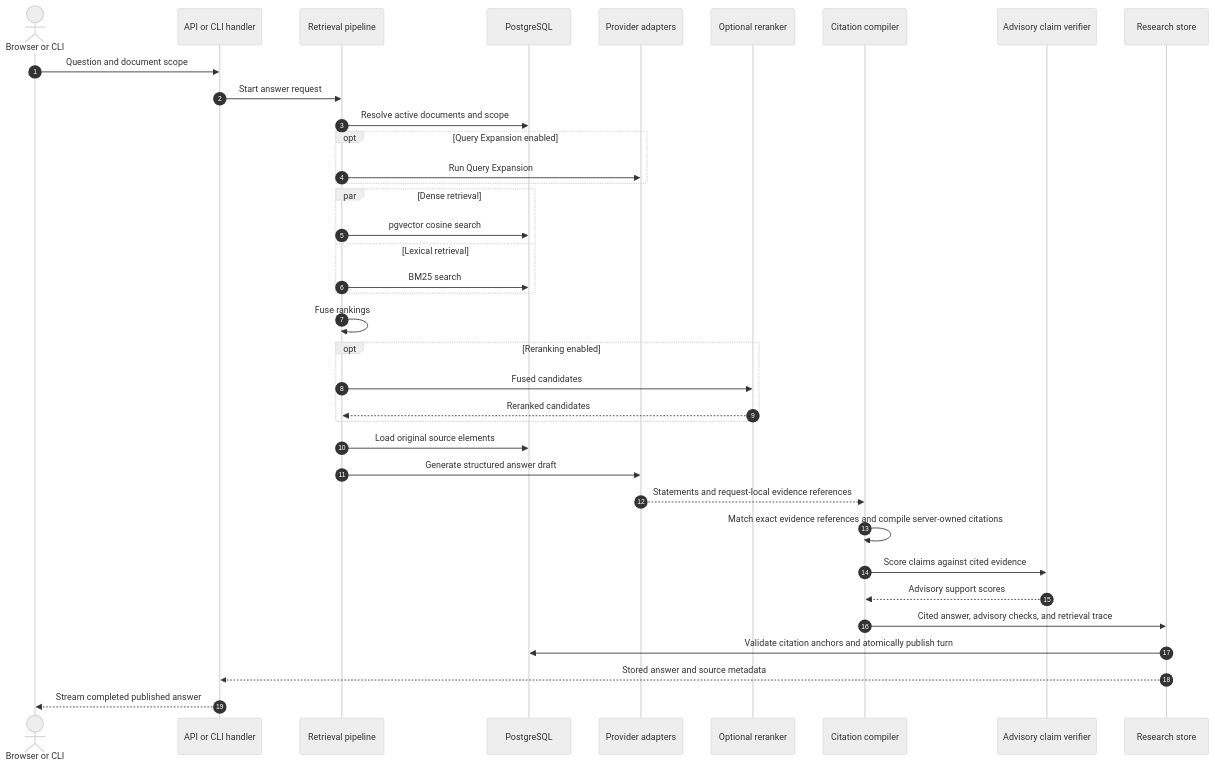
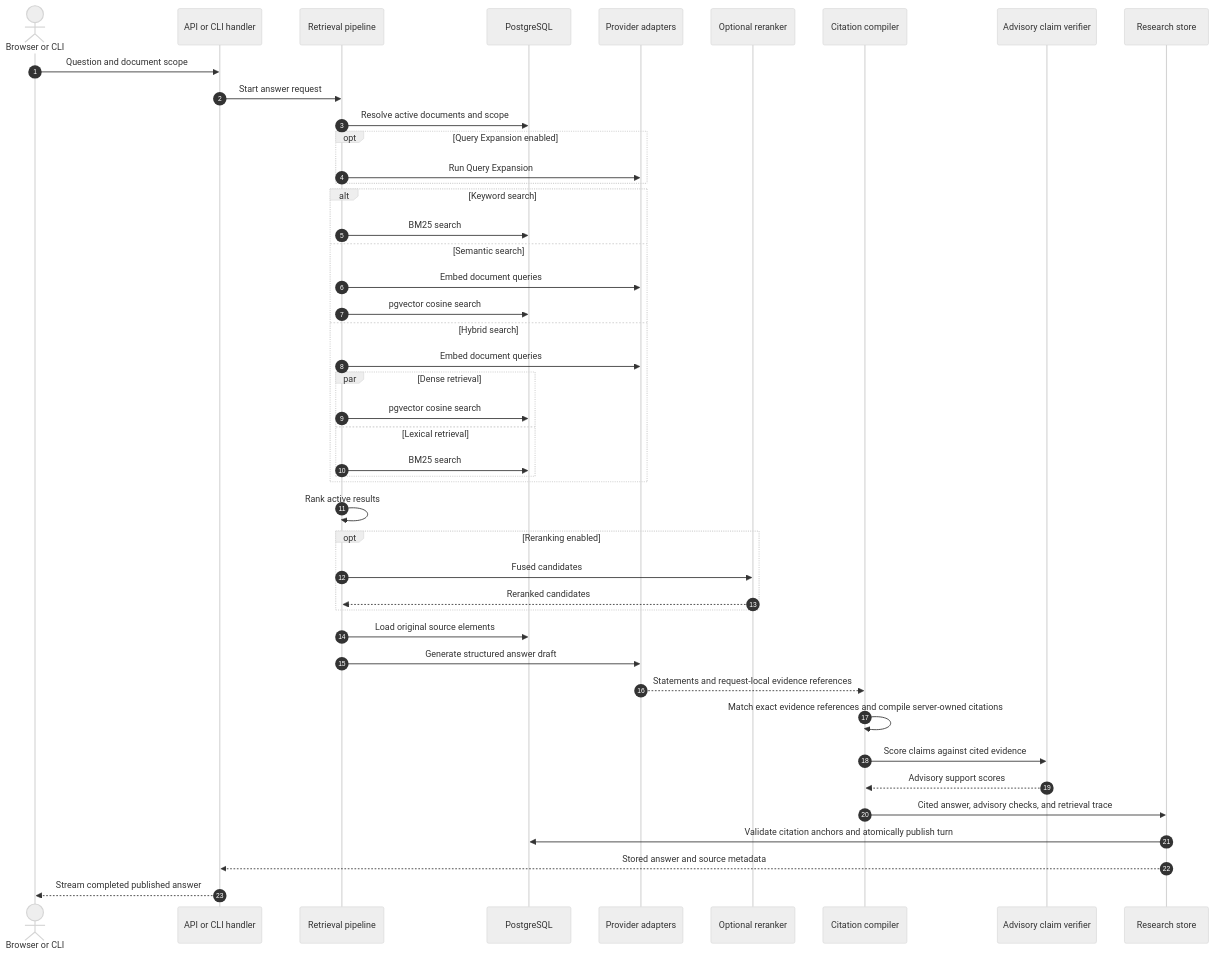
The fourth of 4 diagrams in docs/architecture.md (sageil/citeloom), drawn with Mermaid (neutral theme) before and after one commit. The commit also changed other lines of this file and 69 other files, not shown here.

````diff
--- a/docs/architecture.md
+++ b/docs/architecture.md
@@ -203,40 +205,48 @@
 ```mermaid
 sequenceDiagram
     autonumber
     actor Client as Browser or CLI
     participant Entry as API or CLI handler
     participant Query as Retrieval pipeline
     participant DB as PostgreSQL
     participant AI as Provider adapters
     participant Ranker as Optional reranker
     participant Validate as Citation compiler
     participant HHEM as Advisory claim verifier
     participant Research as Research store
 
     Client->>Entry: Question and document scope
     Entry->>Query: Start answer request
     Query->>DB: Resolve active documents and scope
     opt Query Expansion enabled
         Query->>AI: Run Query Expansion
     end
-    par Dense retrieval
+    alt Keyword search
+        Query->>DB: BM25 search
+    else Semantic search
+        Query->>AI: Embed document queries
         Query->>DB: pgvector cosine search
-    and Lexical retrieval
-        Query->>DB: BM25 search
+    else Hybrid search
+        Query->>AI: Embed document queries
+        par Dense retrieval
+            Query->>DB: pgvector cosine search
+        and Lexical retrieval
+            Query->>DB: BM25 search
+        end
     end
-    Query->>Query: Fuse rankings
+    Query->>Query: Rank active results
     opt Reranking enabled
         Query->>Ranker: Fused candidates
         Ranker-->>Query: Reranked candidates
     end
     Query->>DB: Load original source elements
     Query->>AI: Generate structured answer draft
     AI-->>Validate: Statements and request-local evidence references
     Validate->>Validate: Match exact evidence references and compile server-owned citations
     Validate->>HHEM: Score claims against cited evidence
     HHEM-->>Validate: Advisory support scores
     Validate->>Research: Cited answer, advisory checks, and retrieval trace
     Research->>DB: Validate citation anchors and atomically publish turn
     Research-->>Entry: Stored answer and source metadata
     Entry-->>Client: Stream completed published answer
 ```
````
